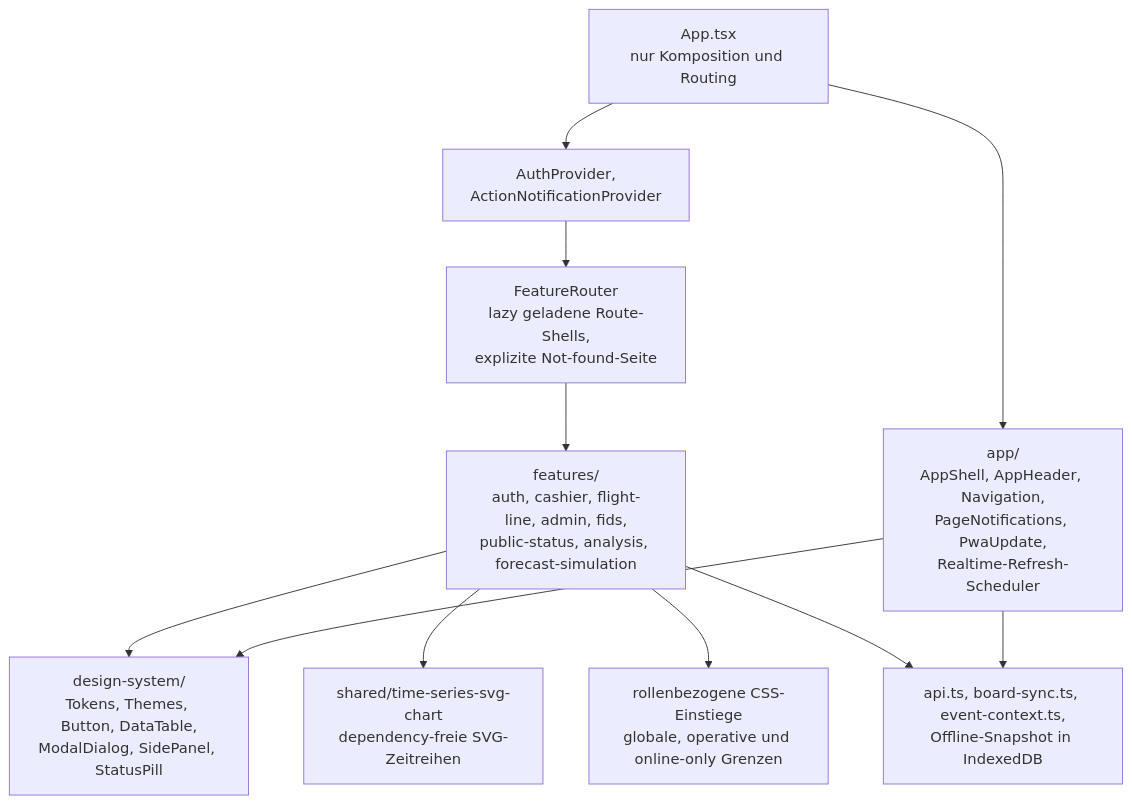
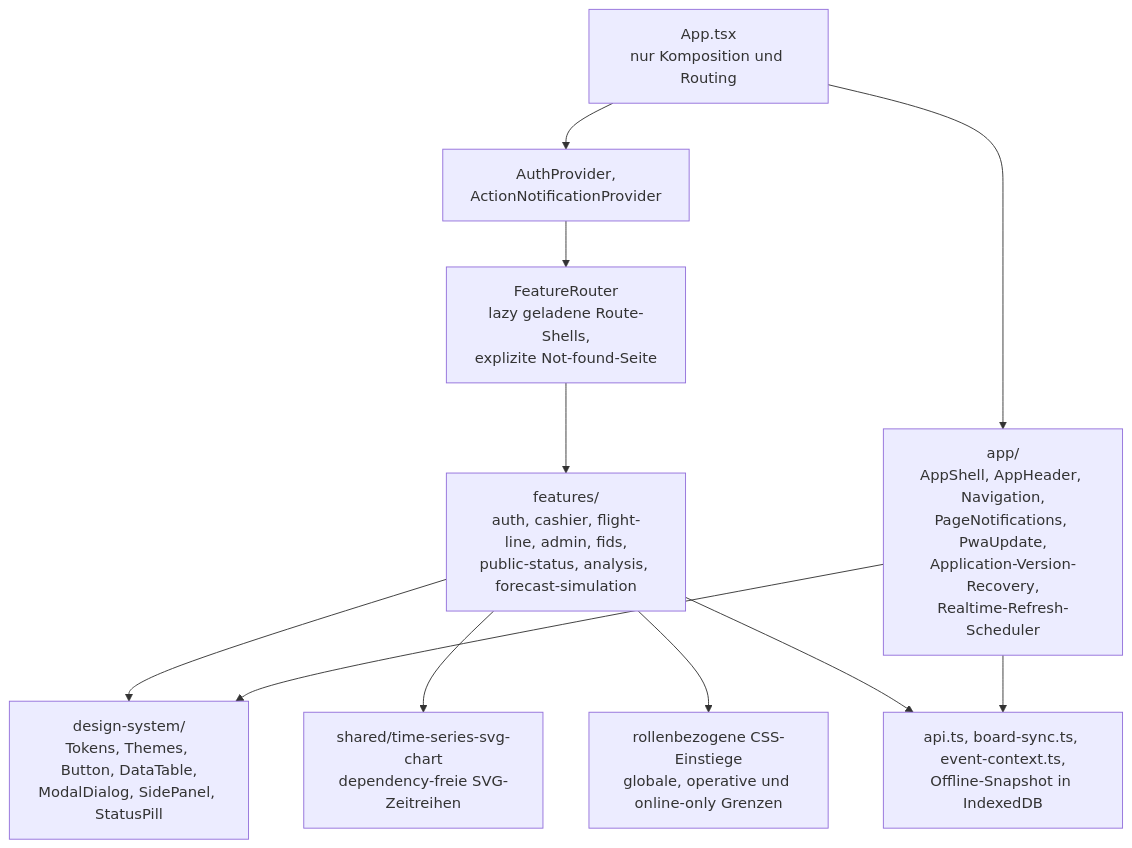
The fifth of 8 diagrams in docs/architecture/arc42/05-bausteinsicht.md (aguther/rundflug-leitstand), drawn with Mermaid before and after one commit. The commit also changed other lines of this file and 11 other files, not shown here.

````diff
--- a/docs/architecture/arc42/05-bausteinsicht.md
+++ b/docs/architecture/arc42/05-bausteinsicht.md
@@ -165,21 +165,21 @@
 ```mermaid
 flowchart TB
     APP["App.tsx<br/>nur Komposition und Routing"]
     PROV["AuthProvider,<br/>ActionNotificationProvider"]
     ROUTER["FeatureRouter<br/>lazy geladene Route-Shells,<br/>explizite Not-found-Seite"]
-    SHELLM["app/<br/>AppShell, AppHeader, Navigation,<br/>PageNotifications, PwaUpdate,<br/>Realtime-Refresh-Scheduler"]
+    SHELLM["app/<br/>AppShell, AppHeader, Navigation,<br/>PageNotifications, PwaUpdate,<br/>Application-Version-Recovery,<br/>Realtime-Refresh-Scheduler"]
     FEAT["features/<br/>auth, cashier, flight-line, admin, fids,<br/>public-status, analysis, forecast-simulation"]
     DS["design-system/<br/>Tokens, Themes, Button, DataTable,<br/>ModalDialog, SidePanel, StatusPill"]
     CHART["shared/time-series-svg-chart<br/>dependency-freie SVG-Zeitreihen"]
     STYLES["rollenbezogene CSS-Einstiege<br/>globale, operative und online-only Grenzen"]
     API["api.ts, board-sync.ts, event-context.ts,<br/>Offline-Snapshot in IndexedDB"]
 
     APP --> PROV --> ROUTER --> FEAT
     APP --> SHELLM
     FEAT --> DS
     FEAT --> CHART
     FEAT --> STYLES
     FEAT --> API
     SHELLM --> API
     SHELLM --> DS
 ```
````
